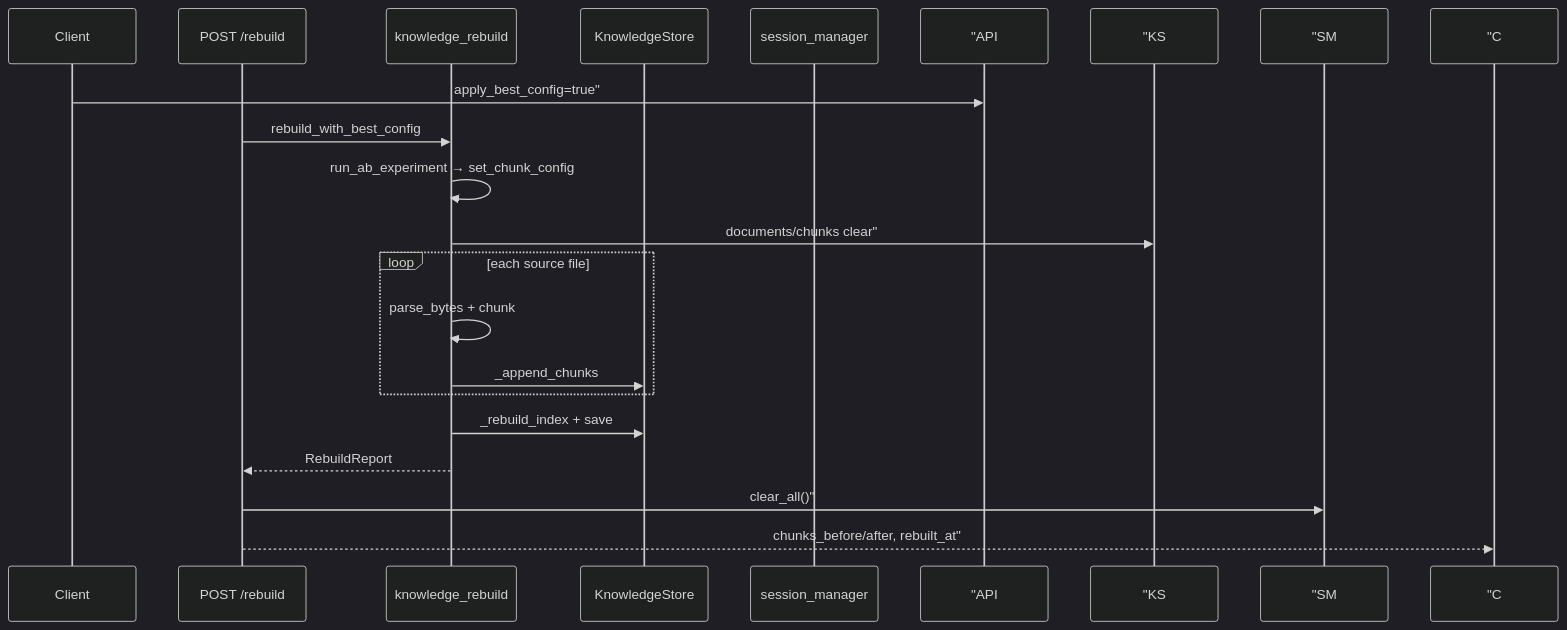
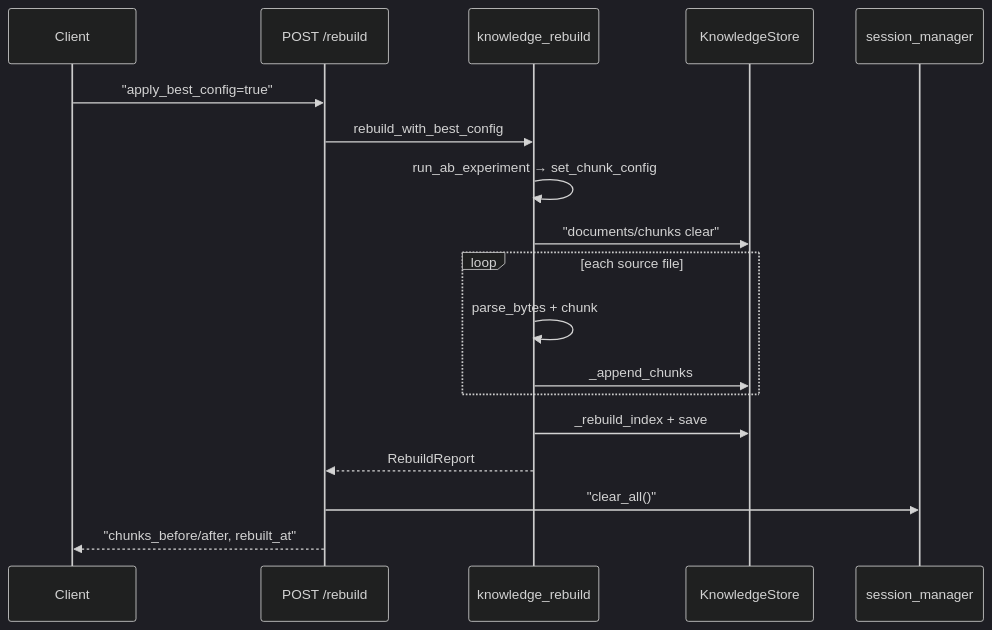
The first of 2 diagrams in course/day28/04_流程图与示意图.md (ab6539763/70_days_course_plus), drawn with Mermaid (dark theme) before and after one commit. The commit also changed 80 other files, not shown here.

First line of the commit message:
fix(course): 修复 Mermaid 图表渲染报错 + 同步嵌入代码快照

````diff
--- a/course/day28/04_流程图与示意图.md
+++ b/course/day28/04_流程图与示意图.md
@@ -5,21 +5,21 @@
 ```mermaid
 sequenceDiagram
     participant C as Client
     participant API as POST /rebuild
     participant KR as knowledge_rebuild
     participant KS as KnowledgeStore
     participant SM as session_manager
 
-    C->> "API: apply_best_config=true"
+    C->>API: "apply_best_config=true"
     API->>KR: rebuild_with_best_config
     KR->>KR: run_ab_experiment → set_chunk_config
-    KR->> "KS: documents/chunks clear"
+    KR->>KS: "documents/chunks clear"
     loop each source file
         KR->>KR: parse_bytes + chunk
         KR->>KS: _append_chunks
     end
     KR->>KS: _rebuild_index + save
     KR-->>API: RebuildReport
-    API->> "SM: clear_all()"
-    API-->> "C: chunks_before/after, rebuilt_at"
+    API->>SM: "clear_all()"
+    API-->>C: "chunks_before/after, rebuilt_at"
 ```
````
